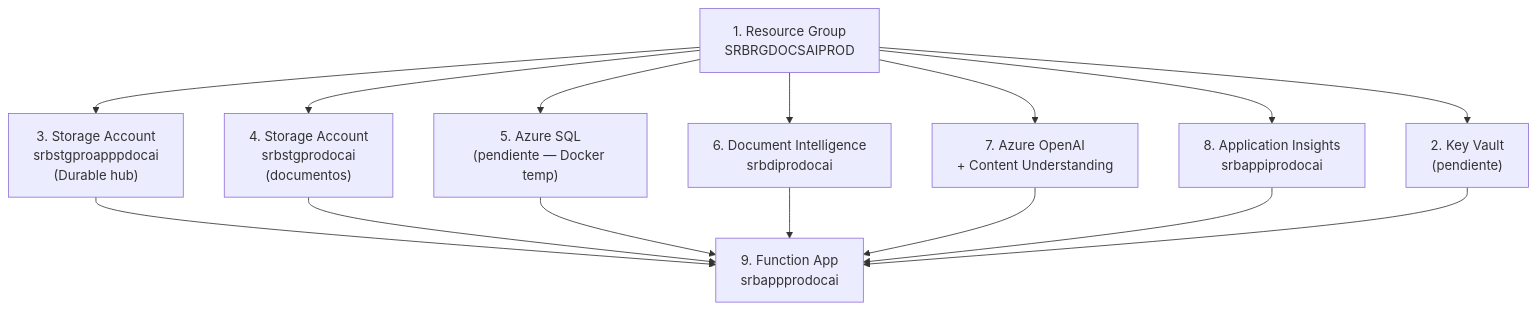
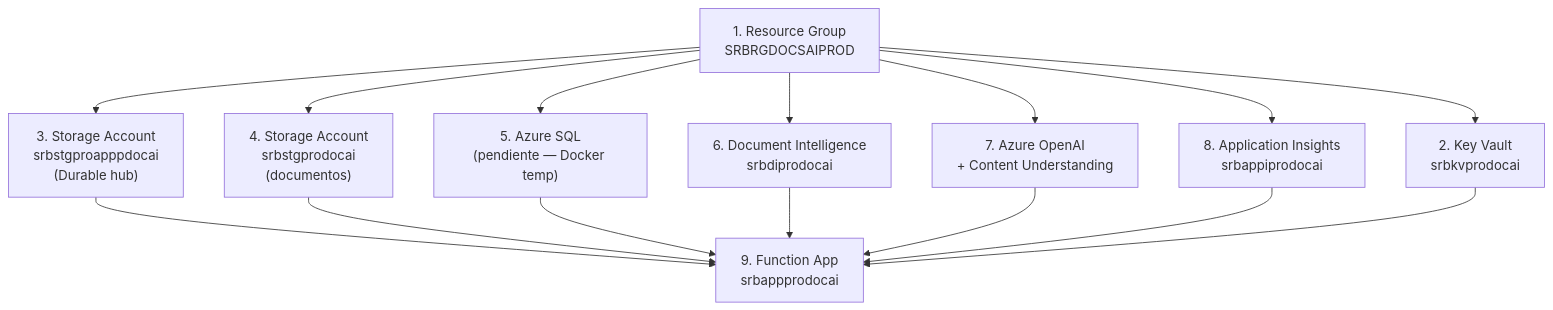
One commit to nvcrisologo02/AI-DocClassExt changed the diagram in docs/04_MANUAL_EXPLOTACION.md. Above: the diagram before and after it, drawn with Mermaid. The commit also changed other lines of this file and 2 other files, not shown here.

````diff
--- a/docs/04_MANUAL_EXPLOTACION.md
+++ b/docs/04_MANUAL_EXPLOTACION.md
@@ -224,18 +224,18 @@
 ```mermaid
 flowchart TD
-    RG["1. Resource Group<br/>SRBRGDOCSAIPROD"] --> KV["2. Key Vault<br/>(pendiente)"]
+    RG["1. Resource Group<br/>SRBRGDOCSAIPROD"] --> KV["2. Key Vault<br/>srbkvprodocai"]
     RG --> STG1["3. Storage Account<br/>srbstgproapppdocai<br/>(Durable hub)"]
     RG --> STG2["4. Storage Account<br/>srbstgprodocai<br/>(documentos)"]
     RG --> SQL["5. Azure SQL<br/>(pendiente — Docker temp)"]
     RG --> DI["6. Document Intelligence<br/>srbdiprodocai"]
     RG --> OAI["7. Azure OpenAI<br/>+ Content Understanding"]
     RG --> AI["8. Application Insights<br/>srbappiprodocai"]
 
     STG1 --> FA["9. Function App<br/>srbappprodocai"]
     STG2 --> FA
     SQL --> FA
     DI --> FA
     OAI --> FA
     AI --> FA
     KV --> FA
 ```
````
